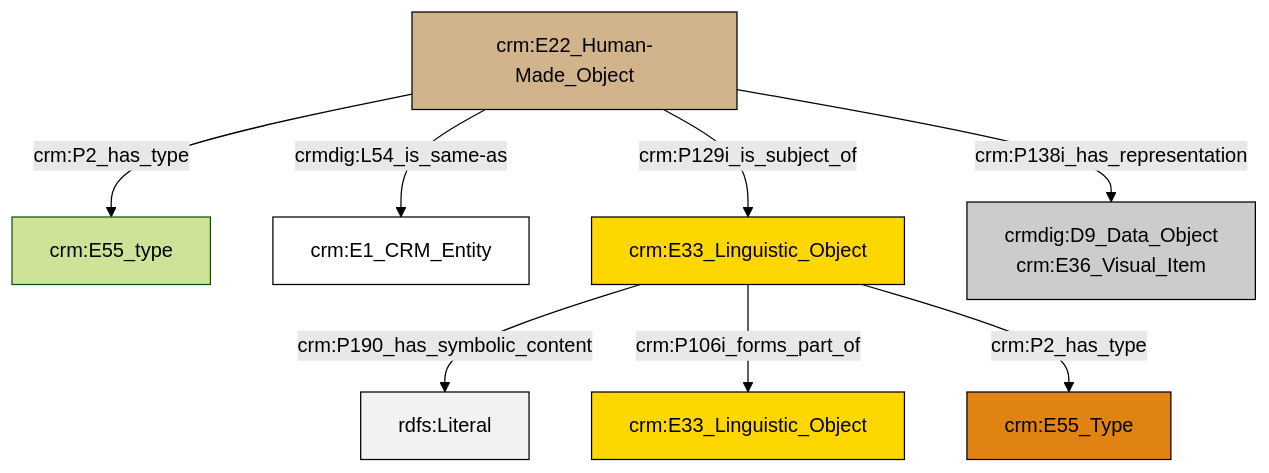
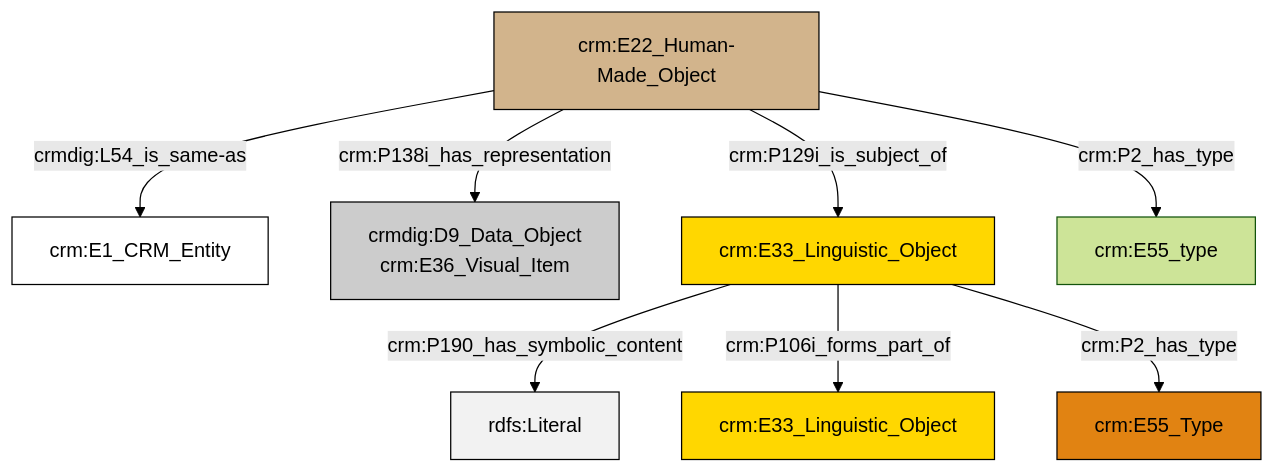
Before and after one commit to swiss-art-research-net/reference-data-models: the diagram in et/artworkCSV/ttl/mmd/Artwork_Documentation.ttl.mmd, drawn with Mermaid (forest theme). The commit also changed 128 other files, not shown here.

```diff
--- a/et/artworkCSV/ttl/mmd/Artwork_Documentation.ttl.mmd
+++ b/et/artworkCSV/ttl/mmd/Artwork_Documentation.ttl.mmd
@@ -1,22 +1,22 @@
 graph TD
 classDef Literal fill:#f2f2f2,stroke:#000000;
 classDef CRM_Entity fill:#FFFFFF,stroke:#000000;
 classDef Temporal_Entity fill:#00C9E6, stroke:#000000;
 classDef Type fill:#E18312, stroke:#000000;
 classDef Time-Span fill:#2C9C91, stroke:#000000;
 classDef Appellation fill:#FFEB7F, stroke:#000000;
 classDef Place fill:#008836, stroke:#000000;
 classDef Persistent_Item fill:#B266B2, stroke:#000000;
 classDef Conceptual_Object fill:#FFD700, stroke:#000000;
 classDef Physical_Thing fill:#D2B48C, stroke:#000000;
 classDef Actor fill:#f58aad, stroke:#000000;
 classDef PC_Classes fill:#4ce600, stroke:#000000;
 classDef Multi fill:#cccccc,stroke:#000000;
 
-0["crm:E22_Human-Made_Object"]:::Physical_Thing -->|crm:P2_has_type| 2["crm:E55_type"]:::Default
-0["crm:E22_Human-Made_Object"]:::Physical_Thing -->|crmdig:L54_is_same-as| 4["crm:E1_CRM_Entity"]:::CRM_Entity
+0["crm:E22_Human-Made_Object"]:::Physical_Thing -->|crmdig:L54_is_same-as| 2["crm:E1_CRM_Entity"]:::CRM_Entity
+5["crm:E33_Linguistic_Object"]:::Conceptual_Object -->|crm:P190_has_symbolic_content| 9[rdfs:Literal]:::Literal
+5["crm:E33_Linguistic_Object"]:::Conceptual_Object -->|crm:P106i_forms_part_of| 7["crm:E33_Linguistic_Object"]:::Conceptual_Object
+0["crm:E22_Human-Made_Object"]:::Physical_Thing -->|crm:P2_has_type| 14["crm:E55_type"]:::Default
 0["crm:E22_Human-Made_Object"]:::Physical_Thing -->|crm:P129i_is_subject_of| 5["crm:E33_Linguistic_Object"]:::Conceptual_Object
-0["crm:E22_Human-Made_Object"]:::Physical_Thing -->|crm:P138i_has_representation| 6["crmdig:D9_Data_Object<br>crm:E36_Visual_Item"]:::Multi
-5["crm:E33_Linguistic_Object"]:::Conceptual_Object -->|crm:P190_has_symbolic_content| 13[rdfs:Literal]:::Literal
-5["crm:E33_Linguistic_Object"]:::Conceptual_Object -->|crm:P106i_forms_part_of| 10["crm:E33_Linguistic_Object"]:::Conceptual_Object
-5["crm:E33_Linguistic_Object"]:::Conceptual_Object -->|crm:P2_has_type| 8["crm:E55_Type"]:::Type
+5["crm:E33_Linguistic_Object"]:::Conceptual_Object -->|crm:P2_has_type| 10["crm:E55_Type"]:::Type
+0["crm:E22_Human-Made_Object"]:::Physical_Thing -->|crm:P138i_has_representation| 3["crmdig:D9_Data_Object<br>crm:E36_Visual_Item"]:::Multi
```
